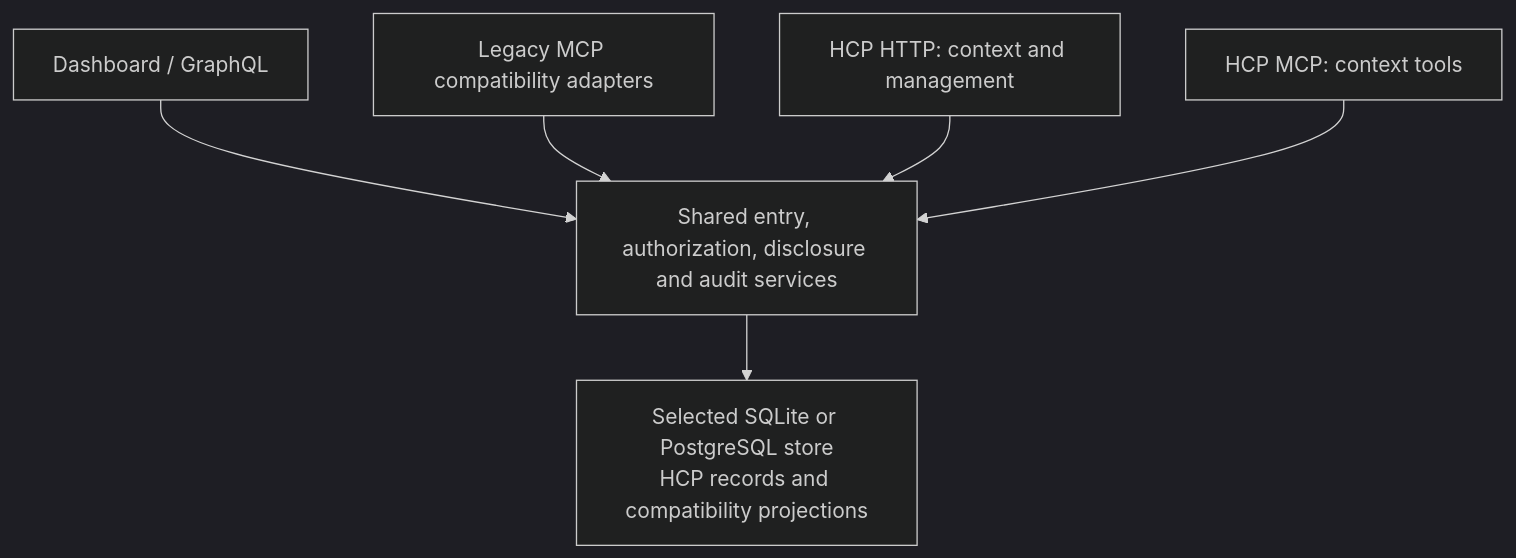
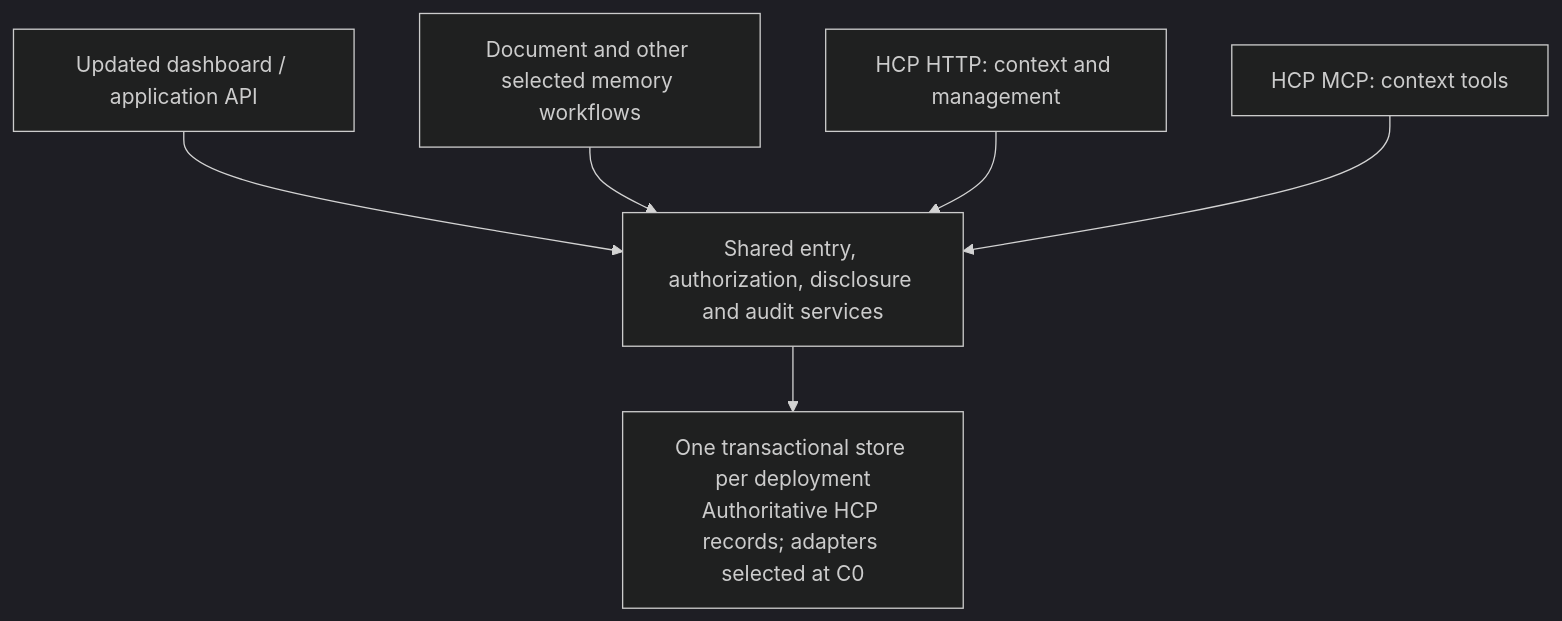
The diagram in docs/plans/backlog/hcp-alignment/README.md (loyalagents/context-router), drawn with Mermaid (dark theme) before and after one commit. The commit also changed other lines of this file and 2 other files, not shown here.

Commit message:
docs: prioritize direct HCP redesign and adoption feedback

````diff
--- a/docs/plans/backlog/hcp-alignment/README.md
+++ b/docs/plans/backlog/hcp-alignment/README.md
@@ -154,9 +178,9 @@
 ```mermaid
 flowchart TD
-    UI["Dashboard / GraphQL"] --> Services
-    Legacy["Legacy MCP compatibility adapters"] --> Services
+    UI["Updated dashboard / application API"] --> Services
+    Producers["Document and other selected memory workflows"] --> Services
     HTTP["HCP HTTP: context and management"] --> Services
     MCP["HCP MCP: context tools"] --> Services
     Services["Shared entry, authorization, disclosure and audit services"]
-    Services --> Store["Selected SQLite or PostgreSQL store<br/>HCP records and compatibility projections"]
+    Services --> Store["One transactional store per deployment<br/>Authoritative HCP records; adapters selected at C0"]
 ```
````
